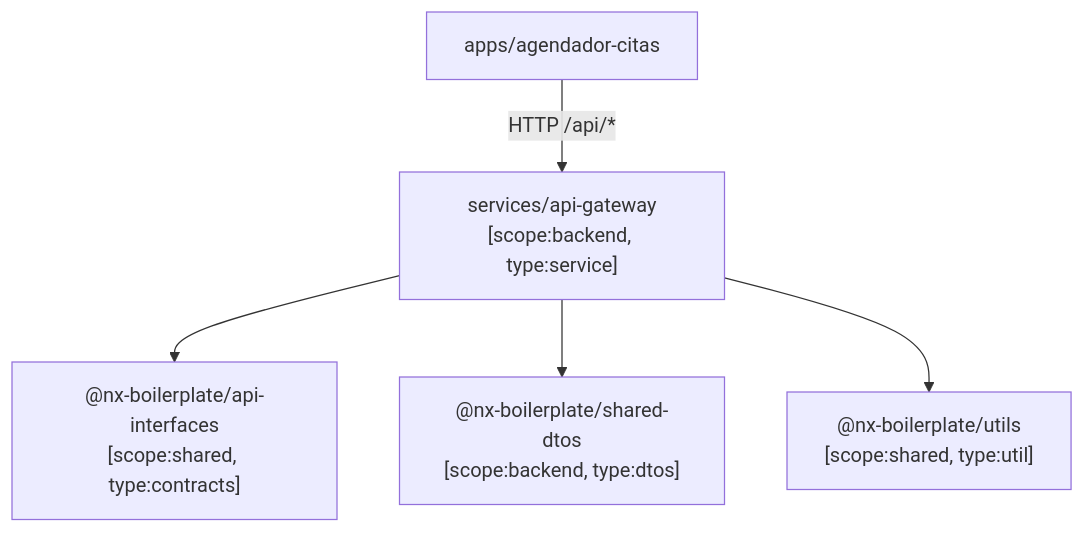
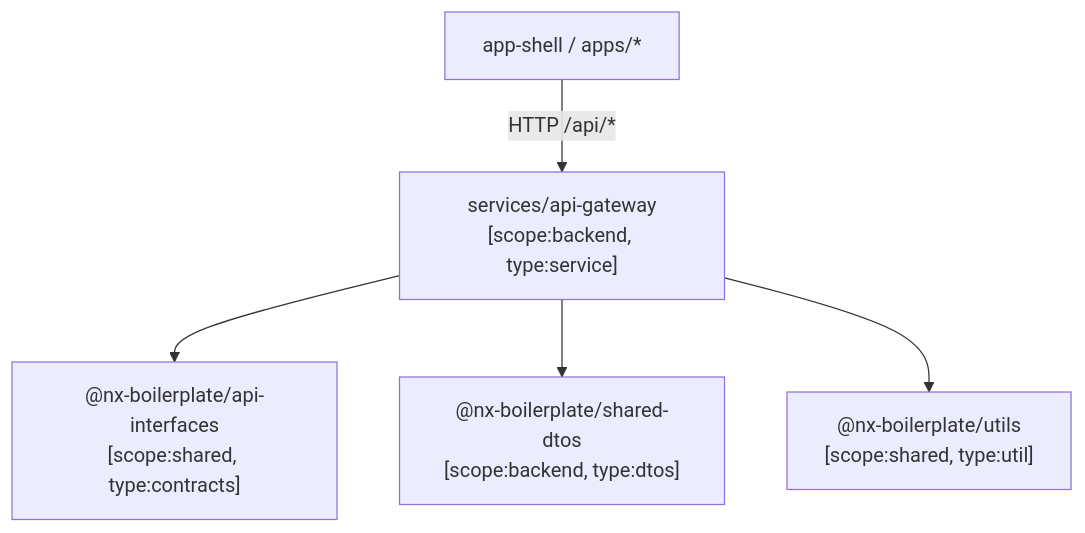
Before and after one commit to ctg-angular-lab/nx-boilerplate: the second of 2 diagrams in docs/api-gateway.md, drawn with Mermaid. The commit also changed other lines of this file and 28 other files, not shown here.

````diff
--- a/docs/api-gateway.md
+++ b/docs/api-gateway.md
@@ -198,10 +290,10 @@
 ```mermaid
 graph TD
     GW["services/api-gateway\n[scope:backend, type:service]"]
     
     GW --> SharedInterfaces["@nx-boilerplate/api-interfaces\n[scope:shared, type:contracts]"]
     GW --> SharedDTOs["@nx-boilerplate/shared-dtos\n[scope:backend, type:dtos]"]
     GW --> SharedUtils["@nx-boilerplate/utils\n[scope:shared, type:util]"]
 
-    ClientApp["apps/agendador-citas"] -->|HTTP /api/*| GW
+    ClientApps["app-shell / apps/*"] -->|HTTP /api/*| GW
 ```
````
